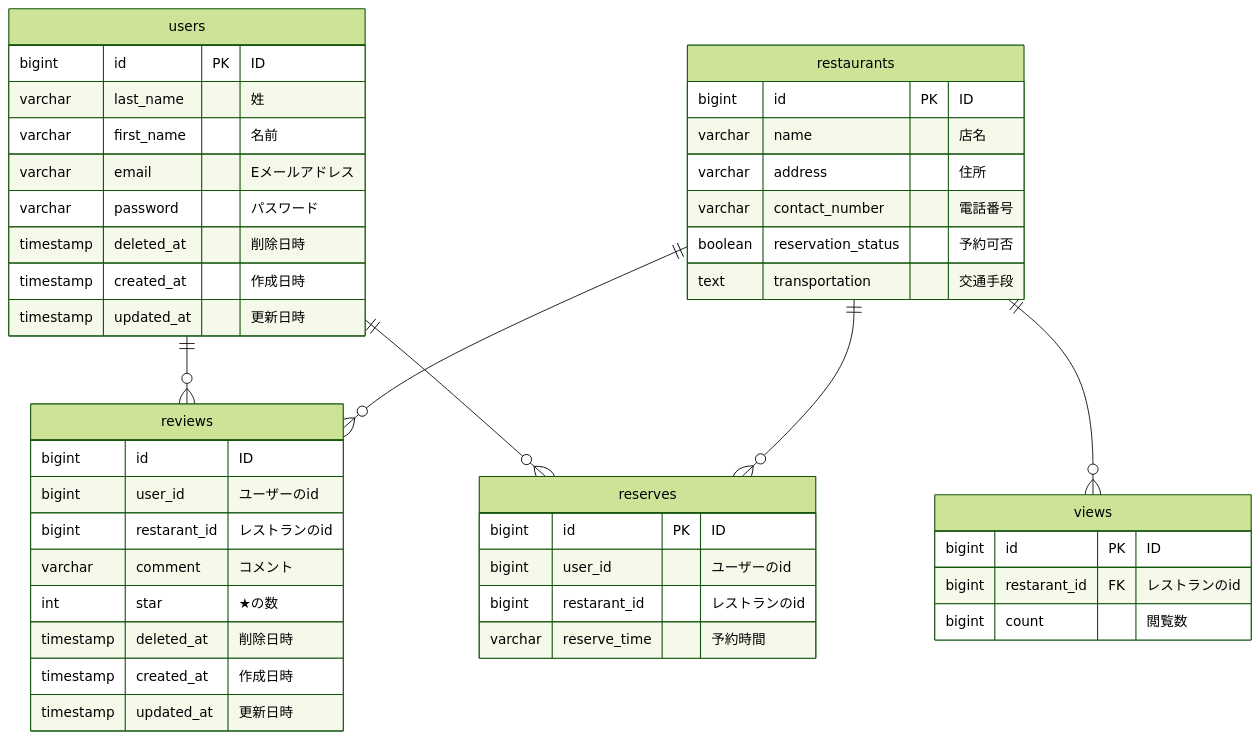
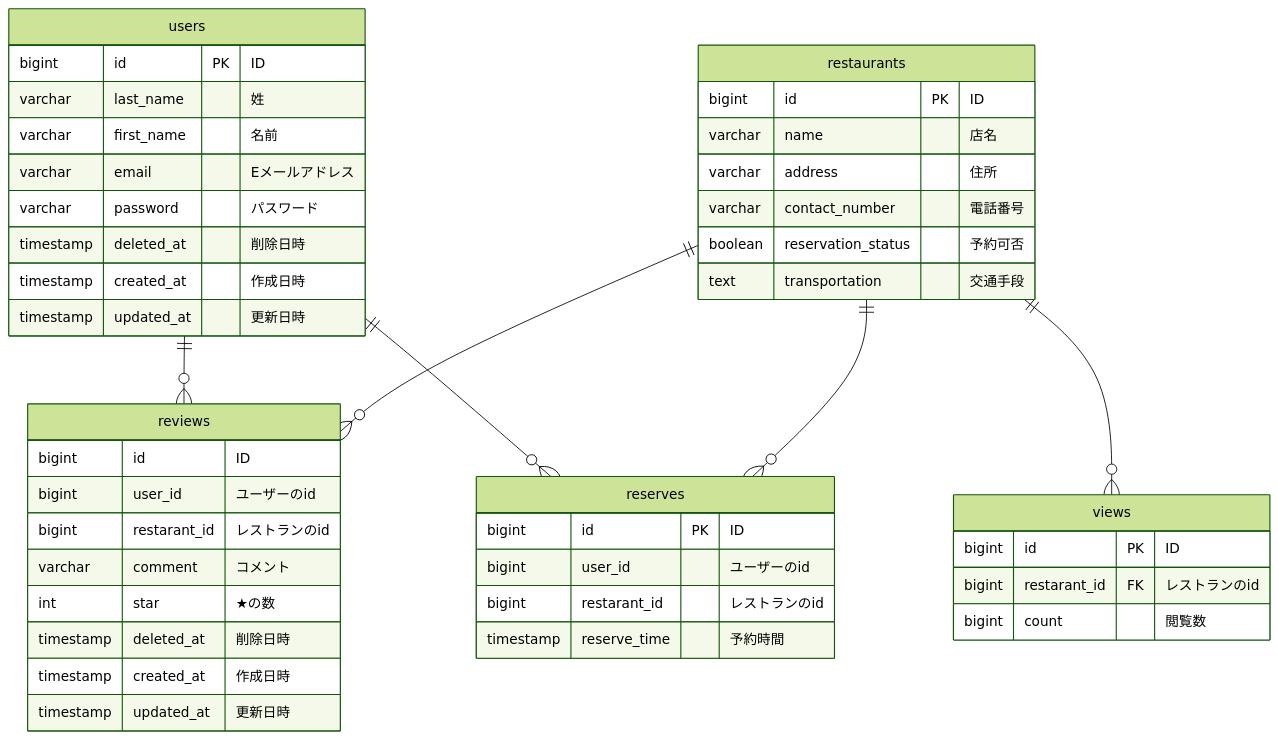
The diagram in kinoshita/practice-erd/tabelog/ER図.md (StoryEdutech/study_repo), drawn with Mermaid (forest theme) before and after one commit.

Commit message:
reservesテーブル修正

````diff
--- a/kinoshita/practice-erd/tabelog/ER図.md
+++ b/kinoshita/practice-erd/tabelog/ER図.md
@@ -1,54 +1,54 @@
 ```mermaid
 erDiagram
     users ||--o{ reviews : ""
     users ||--o{ reserves : ""
 
     restaurants ||--o{ reviews : ""
     restaurants ||--o{ views : ""
     restaurants ||--o{ reserves : ""
 
     users {
       bigint id PK "ID"
       varchar last_name "姓"
       varchar first_name "名前"
       varchar email "Eメールアドレス"
       varchar password "パスワード"
       timestamp deleted_at "削除日時"
       timestamp created_at "作成日時"
       timestamp updated_at "更新日時"
     }
 
     restaurants {
       bigint id PK "ID"
       varchar name "店名"
       varchar address "住所"
       varchar contact_number "電話番号"
       boolean reservation_status "予約可否"
       text transportation "交通手段"
     }
 
     views {
       bigint id PK "ID"
       bigint restarant_id FK "レストランのid"
       bigint count "閲覧数"
     }
 
     reviews {
       bigint id "ID"
       bigint user_id "ユーザーのid"
       bigint restarant_id "レストランのid"
       varchar comment "コメント"
       int star "★の数"
       timestamp deleted_at "削除日時"
       timestamp created_at "作成日時"
       timestamp updated_at "更新日時"
     }
 
     reserves {
       bigint id PK "ID"
       bigint user_id "ユーザーのid"
       bigint restarant_id "レストランのid"
-      varchar reserve_time "予約時間"
+      timestamp reserve_time "予約時間"
     }
 
 ```
````
